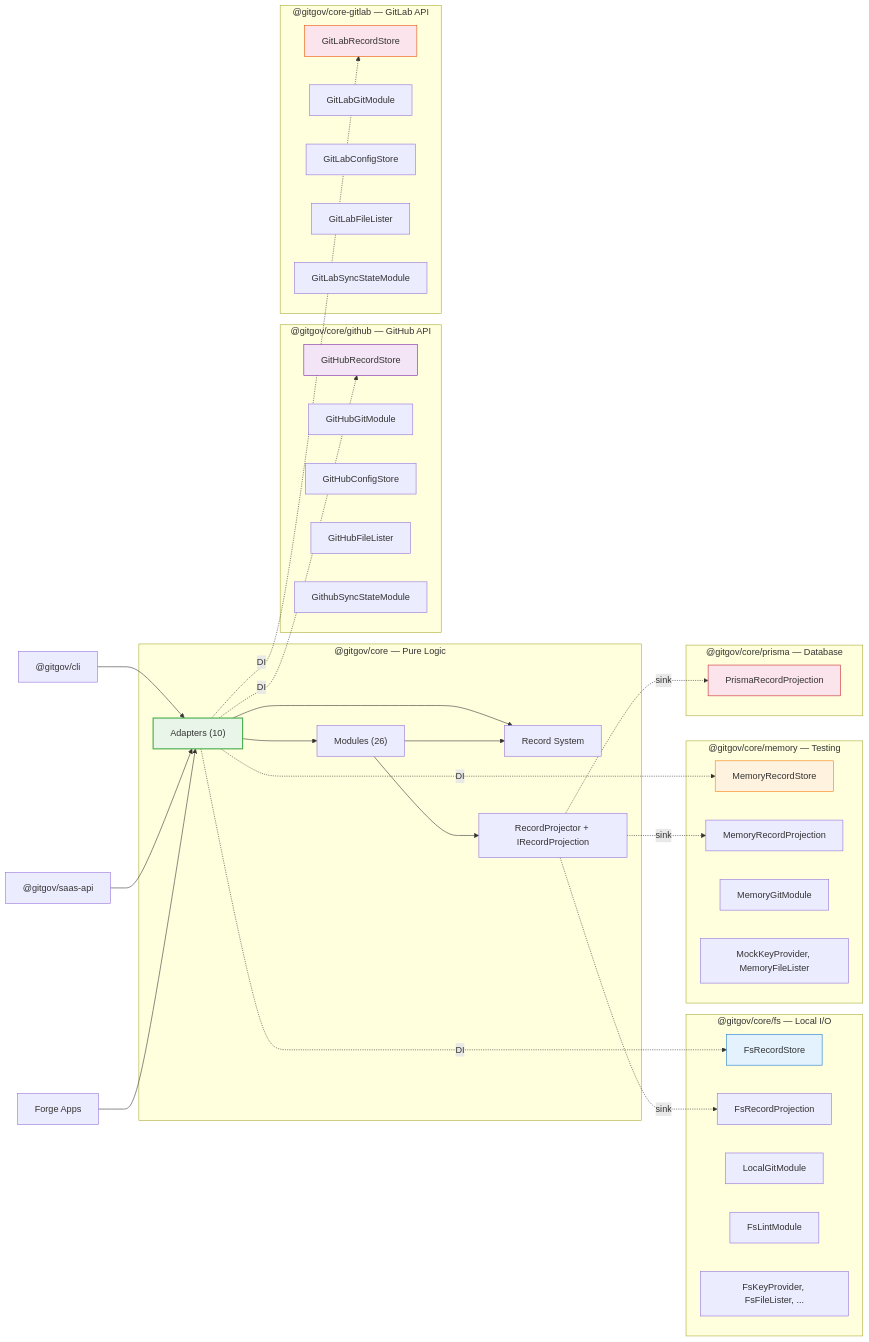
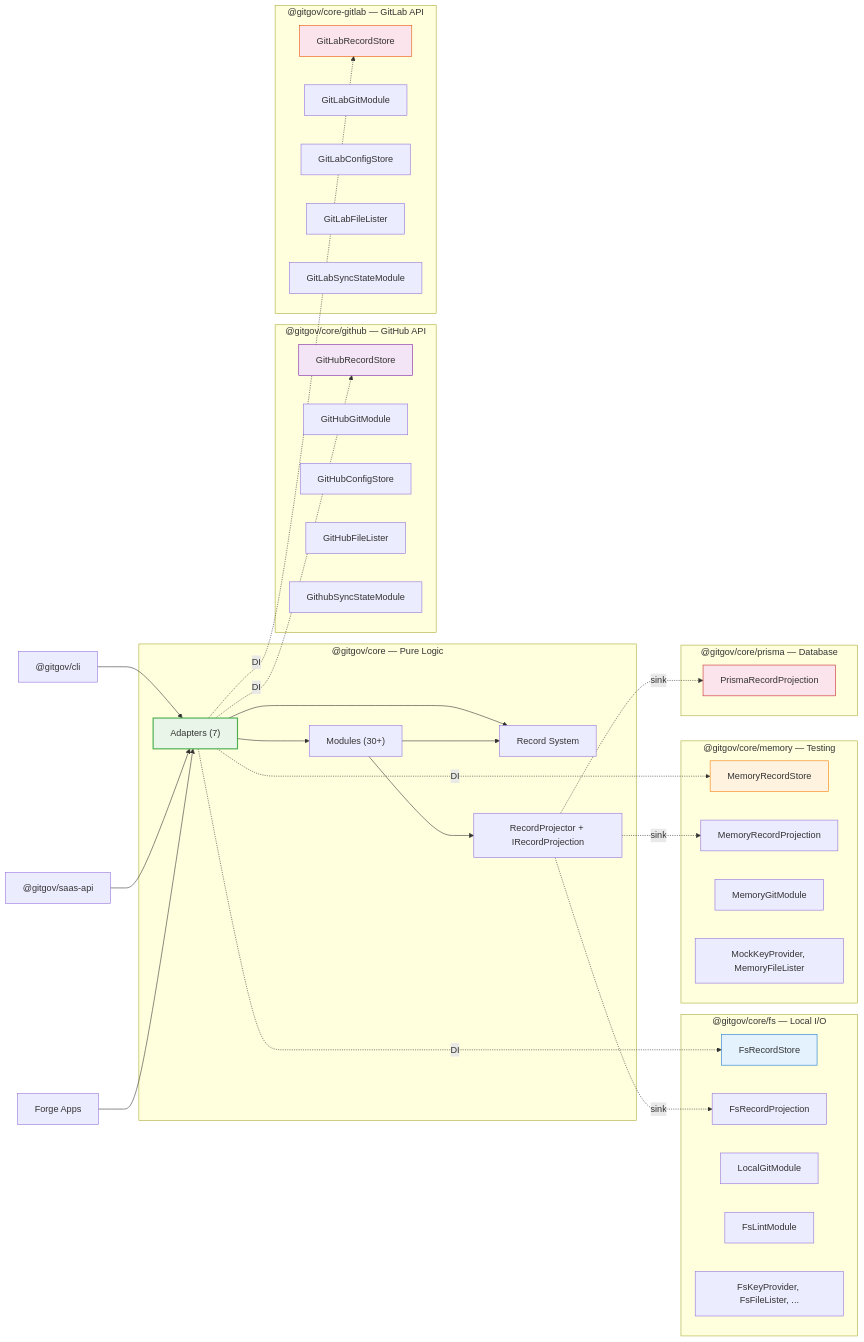
Before and after one commit to gitgovernance/monorepo: the diagram in packages/core/README.md, drawn with Mermaid. The commit also changed other lines of this file and 17 other files, not shown here.

````diff
--- a/packages/core/README.md
+++ b/packages/core/README.md
@@ -83,68 +83,68 @@
 ```mermaid
 graph LR
     subgraph "@gitgov/core — Pure Logic"
-        Adapters["Adapters (10)"]
-        Modules["Modules (26)"]
+        Adapters["Adapters (7)"]
+        Modules["Modules (30+)"]
         Records["Record System"]
         Projection["RecordProjector + IRecordProjection"]
 
         Adapters --> Modules
         Adapters --> Records
         Modules --> Records
         Modules --> Projection
     end
 
     subgraph "@gitgov/core/fs — Local I/O"
         FsStore["FsRecordStore"]
         FsProjection["FsRecordProjection"]
         FsGit["LocalGitModule"]
         FsLint["FsLintModule"]
         FsOther["FsKeyProvider, FsFileLister, ..."]
     end
 
     subgraph "@gitgov/core/github — GitHub API"
         GhStore["GitHubRecordStore"]
         GhGit["GitHubGitModule"]
         GhConfig["GitHubConfigStore"]
         GhFiles["GitHubFileLister"]
         GhSync["GithubSyncStateModule"]
     end
 
     subgraph "@gitgov/core/memory — Testing"
         MemStore["MemoryRecordStore"]
         MemProjection["MemoryRecordProjection"]
         MemGit["MemoryGitModule"]
         MemOther["MockKeyProvider, MemoryFileLister"]
     end
 
     subgraph "@gitgov/core/prisma — Database"
         PrismaProjection["PrismaRecordProjection"]
     end
 
     subgraph "@gitgov/core-gitlab — GitLab API"
         GlStore["GitLabRecordStore"]
         GlGit["GitLabGitModule"]
         GlConfig["GitLabConfigStore"]
         GlFiles["GitLabFileLister"]
         GlSync["GitLabSyncStateModule"]
     end
 
     Adapters -.->|DI| FsStore
     Adapters -.->|DI| GhStore
     Adapters -.->|DI| GlStore
     Adapters -.->|DI| MemStore
     Projection -.->|sink| FsProjection
     Projection -.->|sink| MemProjection
     Projection -.->|sink| PrismaProjection
 
     CLI["@gitgov/cli"] --> Adapters
     SaaS["@gitgov/saas-api"] --> Adapters
     Forge["Forge Apps"] --> Adapters
 
     style Adapters fill:#e8f5e8,stroke:#4caf50,stroke-width:2px
     style FsStore fill:#e3f2fd,stroke:#1976d2
     style GhStore fill:#f3e5f5,stroke:#7b1fa2
     style GlStore fill:#fce4ec,stroke:#e65100
     style MemStore fill:#fff3e0,stroke:#f57c00
     style PrismaProjection fill:#fce4ec,stroke:#c62828
 ```
````
